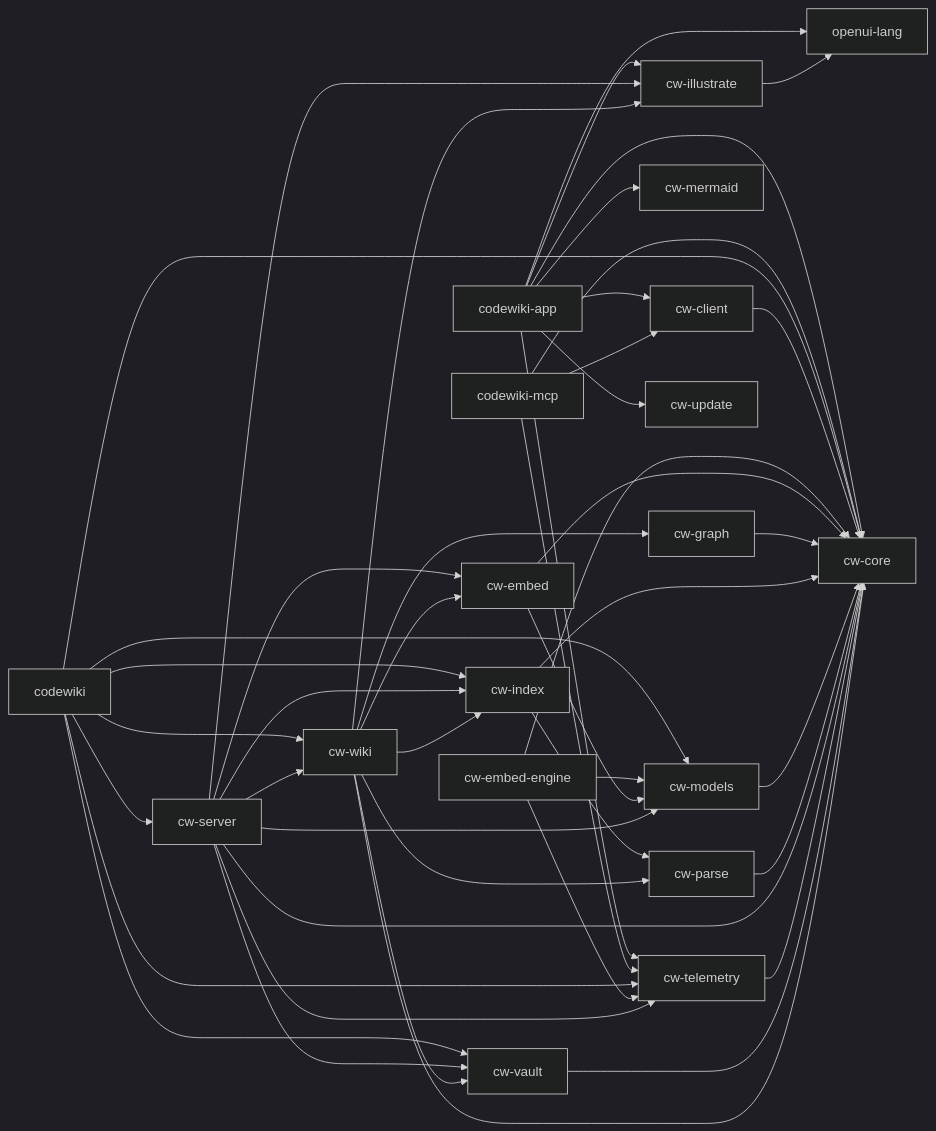
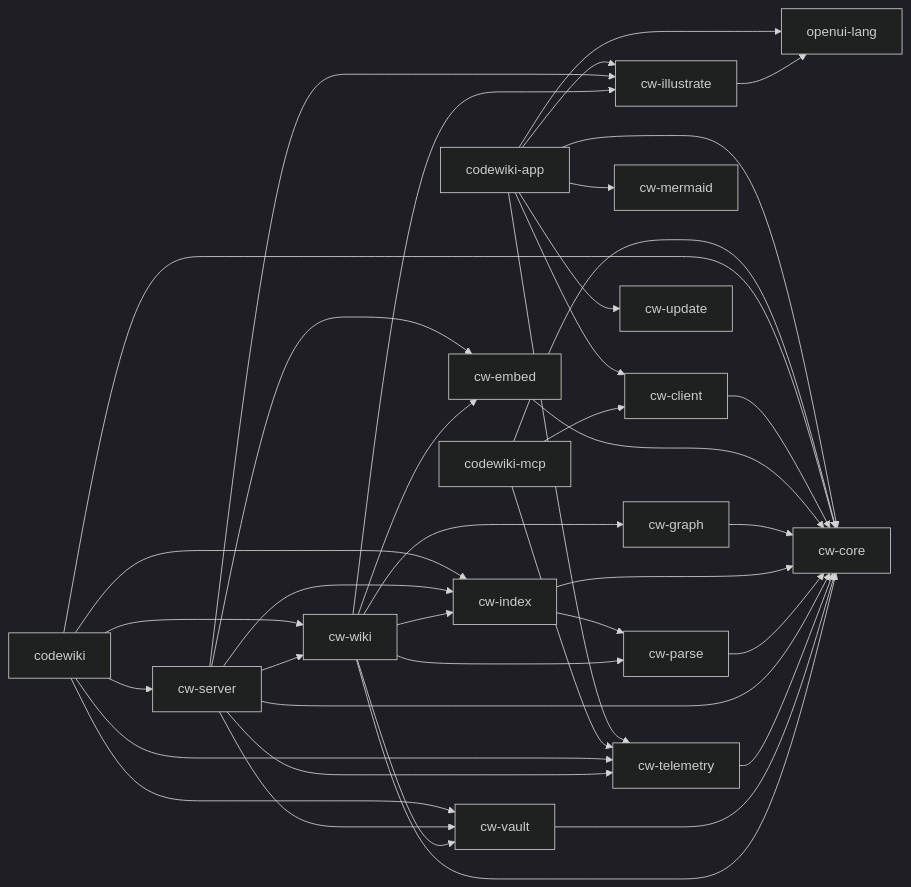
One commit to Fly-onlyone/CodeWiki changed the diagram in obsidian/00-Architecture/Crate Dependency Flow.md. Above: the diagram before and after it, drawn with Mermaid (dark theme). The commit also changed other lines of this file and 98 other files, not shown here.

````diff
--- a/obsidian/00-Architecture/Crate Dependency Flow.md
+++ b/obsidian/00-Architecture/Crate Dependency Flow.md
@@ -33,68 +31,59 @@
 ```mermaid
 flowchart LR
     n0[codewiki-app]
     n1[codewiki-mcp]
     n2[codewiki]
     n3[cw-client]
     n4[cw-core]
-    n5[cw-embed-engine]
-    n6[cw-embed]
-    n7[cw-graph]
-    n8[cw-illustrate]
-    n9[cw-index]
-    n10[cw-mermaid]
-    n11[cw-models]
-    n12[cw-parse]
-    n13[cw-server]
-    n14[cw-telemetry]
-    n15[cw-update]
-    n16[cw-vault]
-    n17[cw-wiki]
-    n18[openui-lang]
+    n5[cw-embed]
+    n6[cw-graph]
+    n7[cw-illustrate]
+    n8[cw-index]
+    n9[cw-mermaid]
+    n10[cw-parse]
+    n11[cw-server]
+    n12[cw-telemetry]
+    n13[cw-update]
+    n14[cw-vault]
+    n15[cw-wiki]
+    n16[openui-lang]
     n0 --> n3
     n0 --> n4
-    n0 --> n8
-    n0 --> n10
-    n0 --> n14
-    n0 --> n15
-    n0 --> n18
+    n0 --> n7
+    n0 --> n9
+    n0 --> n12
+    n0 --> n13
+    n0 --> n16
     n1 --> n3
     n1 --> n4
-    n1 --> n14
+    n1 --> n12
     n2 --> n4
-    n2 --> n9
+    n2 --> n8
     n2 --> n11
-    n2 --> n13
+    n2 --> n12
     n2 --> n14
-    n2 --> n16
-    n2 --> n17
+    n2 --> n15
     n3 --> n4
     n5 --> n4
-    n5 --> n11
-    n5 --> n14
     n6 --> n4
-    n6 --> n11
-    n7 --> n4
-    n8 --> n18
-    n9 --> n4
-    n9 --> n12
+    n7 --> n16
+    n8 --> n4
+    n8 --> n10
+    n10 --> n4
     n11 --> n4
+    n11 --> n5
+    n11 --> n7
+    n11 --> n8
+    n11 --> n12
+    n11 --> n14
+    n11 --> n15
     n12 --> n4
-    n13 --> n4
-    n13 --> n6
-    n13 --> n8
-    n13 --> n9
-    n13 --> n11
-    n13 --> n14
-    n13 --> n16
-    n13 --> n17
     n14 --> n4
-    n16 --> n4
-    n17 --> n4
-    n17 --> n6
-    n17 --> n7
-    n17 --> n8
-    n17 --> n9
-    n17 --> n12
-    n17 --> n16
+    n15 --> n4
+    n15 --> n5
+    n15 --> n6
+    n15 --> n7
+    n15 --> n8
+    n15 --> n10
+    n15 --> n14
 ```
````
